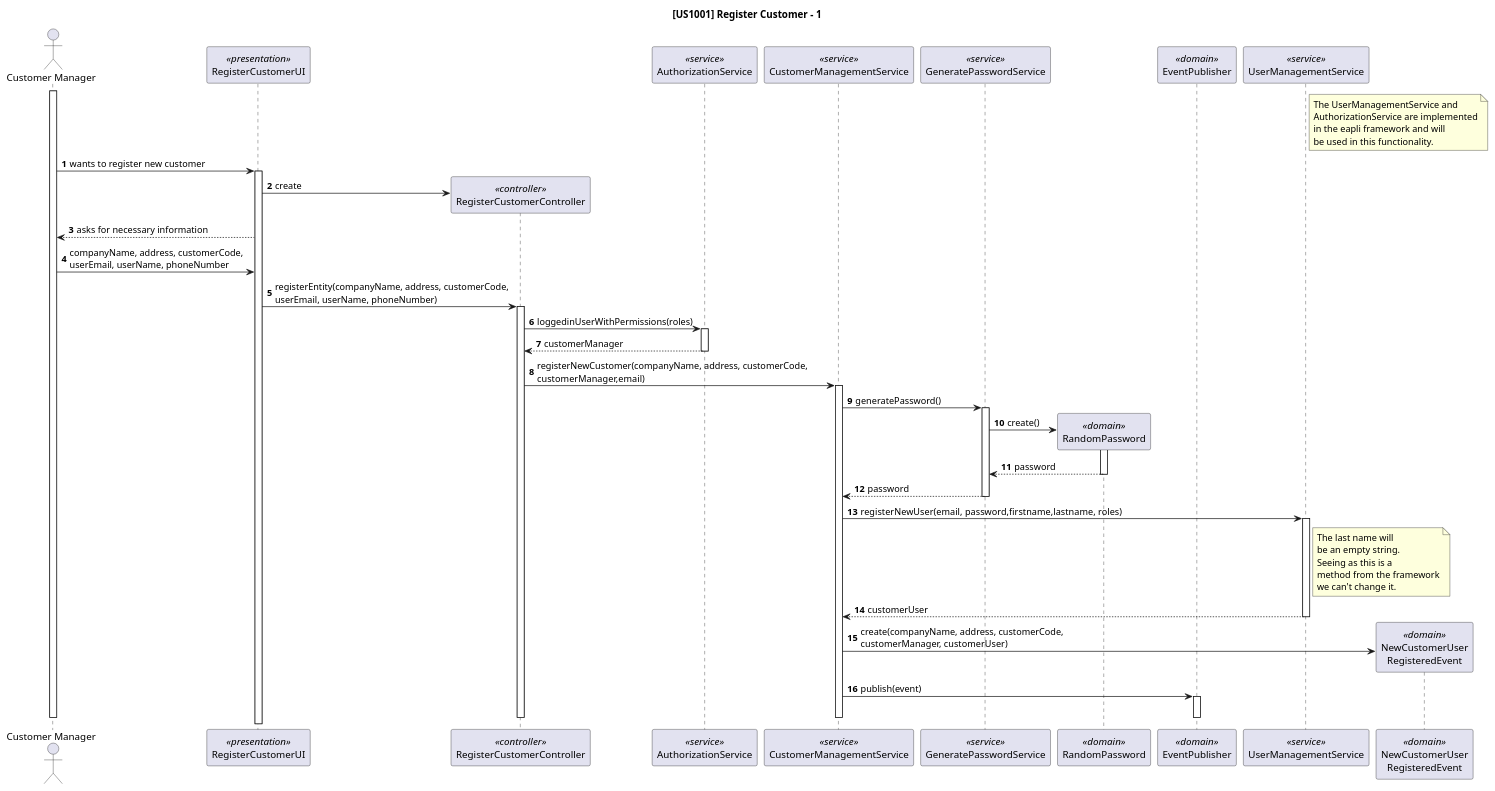
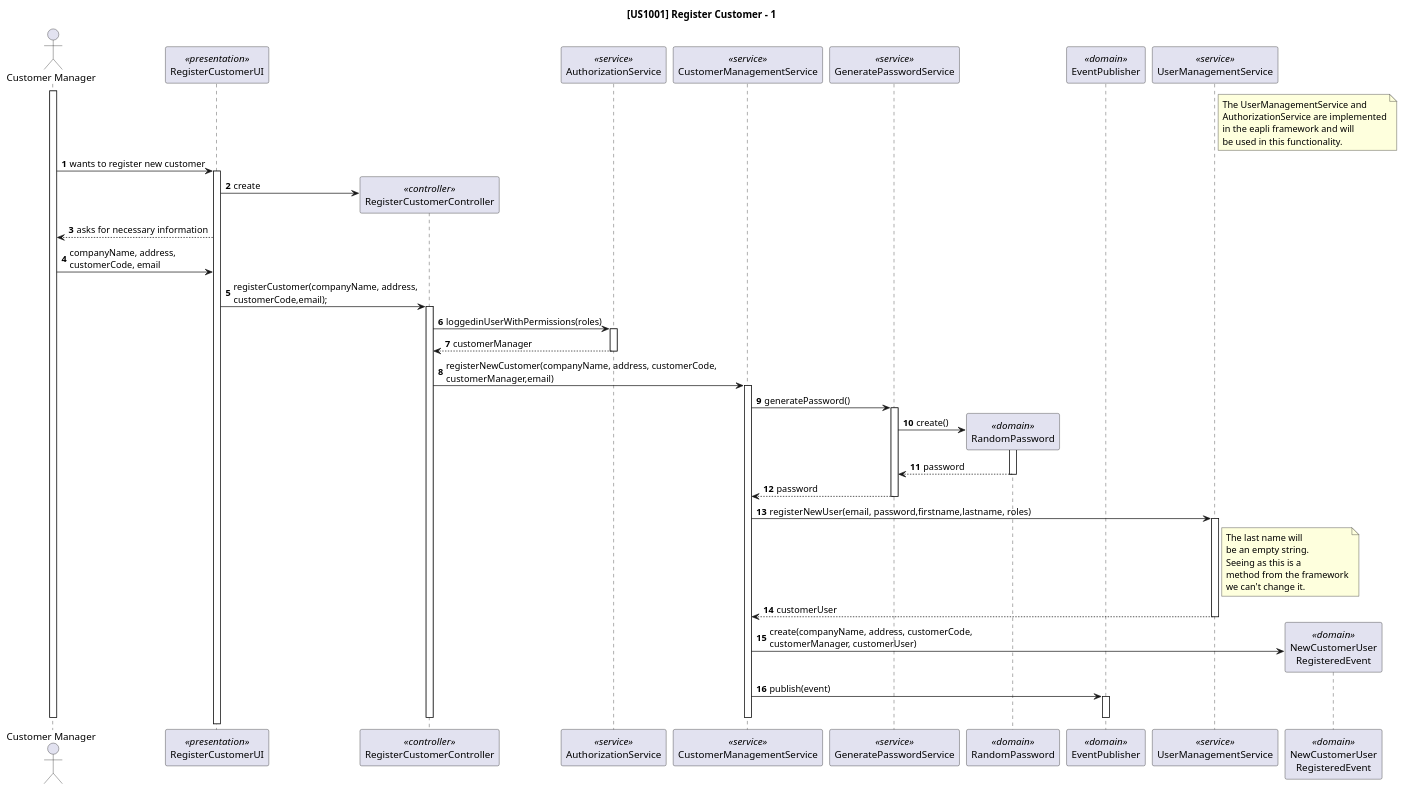
One commit to rita-barbosa/LAPR4-2324 changed the diagram in docs/sb_us_1001/sequence-diagram-register-customer.puml. Above: the diagram before and after it, drawn with PlantUML. The commit also changed 5 other files, not shown here.

```diff
--- a/docs/sb_us_1001/sequence-diagram-register-customer.puml
+++ b/docs/sb_us_1001/sequence-diagram-register-customer.puml
@@ -1,98 +1,98 @@
 @startuml
 autonumber
 
 title [US1001] Register Customer - 1
 
 actor "Customer Manager" as USER
 
 participant "RegisterCustomerUI" as UI <<presentation>>
 participant "RegisterCustomerController" as CTRL <<controller>>
 participant "AuthorizationService" as AUTHZ <<service>>
 participant "CustomerManagementService" as EMS <<service>>
 participant "GeneratePasswordService" as GPS <<service>>
 participant "RandomPassword" as PG <<domain>>
 participant "EventPublisher" as EP <<domain>>
 participant "UserManagementService" as UMS <<service>>
 participant "NewCustomerUser\nRegisteredEvent" as EVENT <<domain>>
 
 
 
 
 note right UMS
 The UserManagementService and
 AuthorizationService are implemented
 in the eapli framework and will
 be used in this functionality.
 end note
 
 activate USER
 
 USER -> UI: wants to register new customer
 activate UI
 
 UI -> CTRL**: create
 
 
 
 UI --> USER: asks for necessary information
 
 
-USER -> UI: companyName, address, customerCode,\nuserEmail, userName, phoneNumber
-UI -> CTRL: registerEntity(companyName, address, customerCode,\nuserEmail, userName, phoneNumber)
+USER -> UI: companyName, address,\ncustomerCode, email
+UI -> CTRL: registerCustomer(companyName, address,\ncustomerCode,email);
 activate CTRL
 
 
 
 CTRL -> AUTHZ:  loggedinUserWithPermissions(roles)
 activate AUTHZ
 
 AUTHZ --> CTRL:  customerManager
 deactivate AUTHZ
 
 CTRL -> EMS: registerNewCustomer(companyName, address, customerCode,\ncustomerManager,email)
 activate EMS
 
 EMS -> GPS: generatePassword()
 activate GPS
 
 GPS -> PG**: create()
 activate PG
 
 PG --> GPS: password
 deactivate PG
 
 GPS --> EMS: password
 deactivate GPS
 
 EMS -> UMS: registerNewUser(email, password,firstname,lastname,  roles)
             activate UMS
 
 note right of UMS
 The last name will
 be an empty string.
 Seeing as this is a
 method from the framework
 we can't change it.
 end note
 
 UMS --> EMS: customerUser
 deactivate UMS
 
 
 
 EMS -> EVENT**: create(companyName, address, customerCode,\ncustomerManager, customerUser)
 
 EMS -> EP : publish(event)
 activate EP
 
 deactivate EP
 
 deactivate EMS
 
 
 deactivate CTRL
 
 
 deactivate USER
 
 @enduml
```
